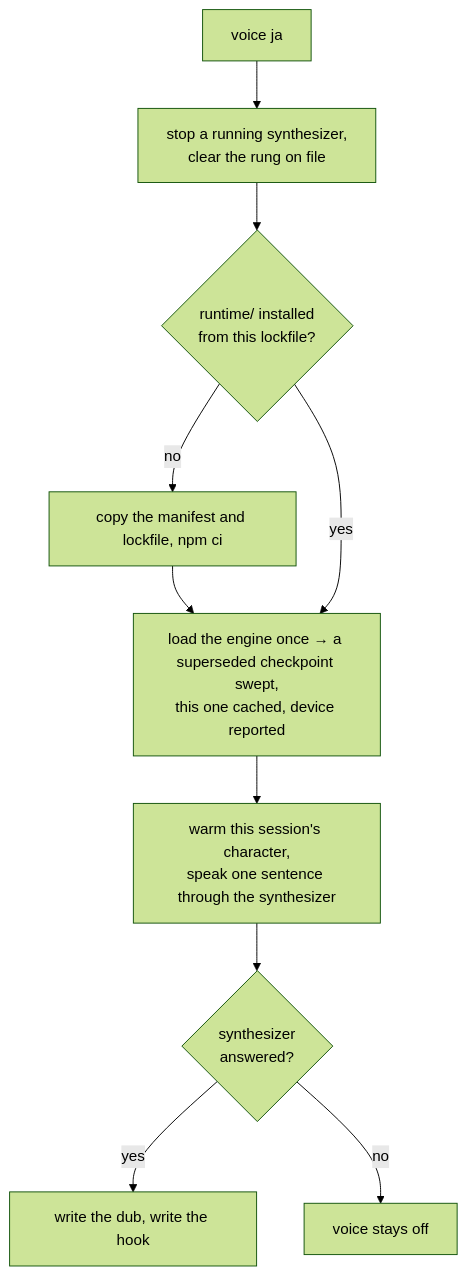
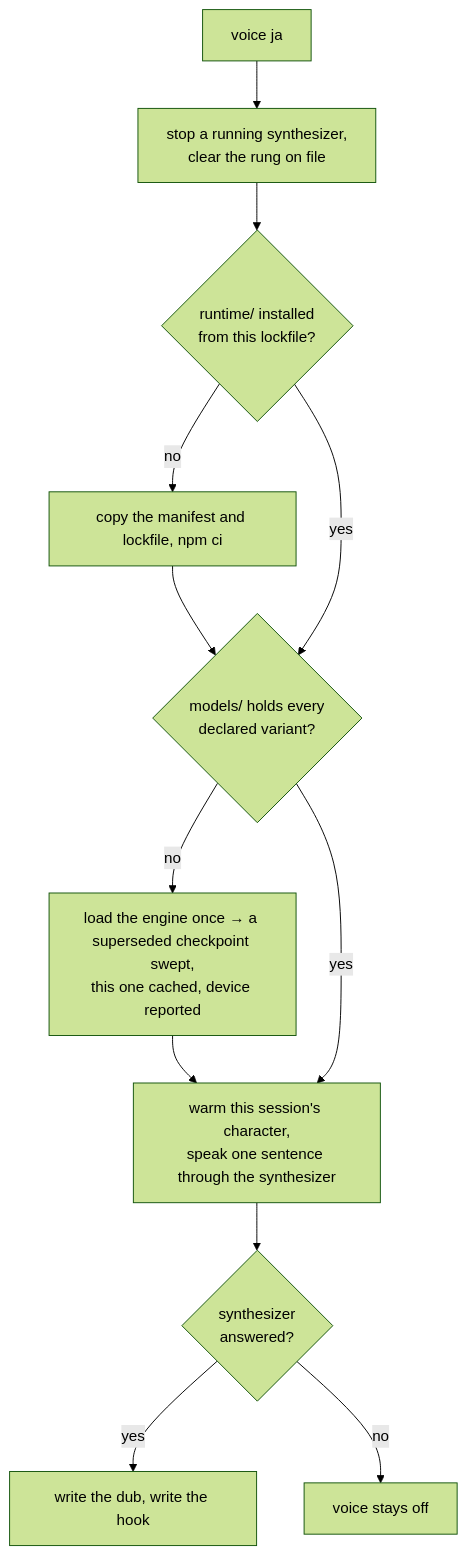
One commit to Esposter/Esposter changed the third of 3 diagrams in apps/web/content/docs/infra/claude-interface/spoken-replies.md. Above: the diagram before and after it, drawn with Mermaid (forest theme). The commit also changed other lines of this file and 6 other files, not shown here.

First line of the commit message:
refactor(genshin-persona): the voice verb skips its foreground engine load over weights already cached

````diff
--- a/apps/web/content/docs/infra/claude-interface/spoken-replies.md
+++ b/apps/web/content/docs/infra/claude-interface/spoken-replies.md
@@ -109,19 +109,22 @@
 ```mermaid
 flowchart TD
     Verb["voice ja"]
     Clear["stop a running synthesizer,<br/>clear the rung on file"]
     Runtime{"runtime/ installed<br/>from this lockfile?"}
     Install["copy the manifest and lockfile, npm ci"]
+    Weights{"models/ holds every<br/>declared variant?"}
     Load["load the engine once → a superseded checkpoint swept,<br/>this one cached, device reported"]
     Proof["warm this session's character,<br/>speak one sentence through the synthesizer"]
     Spoke{"synthesizer<br/>answered?"}
     Language["write the dub, write the hook"]
     Off["voice stays off"]
 
     Verb --> Clear --> Runtime
-    Runtime -- no --> Install --> Load
-    Runtime -- yes --> Load
-    Load --> Proof --> Spoke
+    Runtime -- no --> Install --> Weights
+    Runtime -- yes --> Weights
+    Weights -- no --> Load --> Proof
+    Weights -- yes --> Proof
+    Proof --> Spoke
     Spoke -- yes --> Language
     Spoke -- no --> Off
 ```
````
